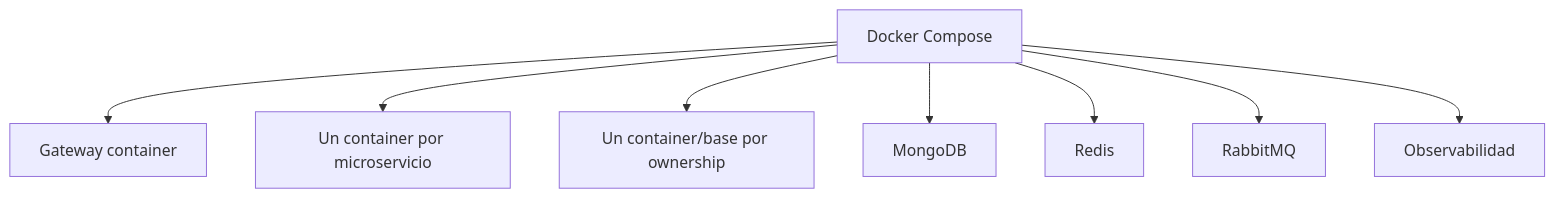
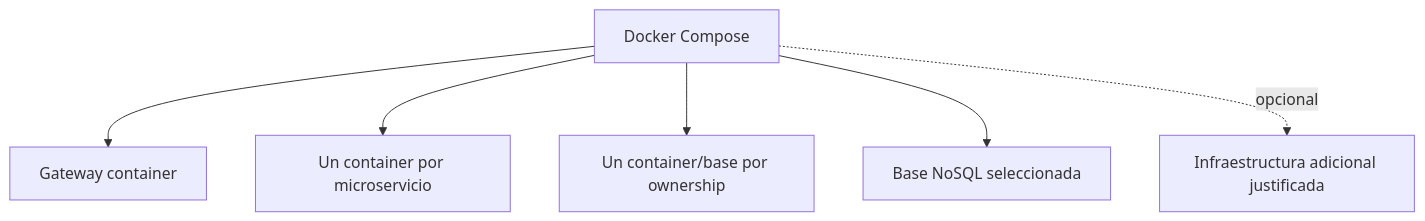
The eighth of 8 diagrams in ticketya/openspec/changes/establish-ticketya-architecture/design.md (rami-bit/ArquitecturasWeb_TPE), drawn with Mermaid before and after one commit. The commit also changed other lines of this file and 2 other files, not shown here.

````diff
--- a/ticketya/openspec/changes/establish-ticketya-architecture/design.md
+++ b/ticketya/openspec/changes/establish-ticketya-architecture/design.md
@@ -490,11 +478,9 @@
 ```mermaid
 flowchart TB
     Compose[Docker Compose]
     Compose --> GatewayC[Gateway container]
     Compose --> ServiceC[Un container por microservicio]
     Compose --> PgC[Un container/base por ownership]
-    Compose --> MongoC[MongoDB]
-    Compose --> RedisC[Redis]
-    Compose --> RabbitC[RabbitMQ]
-    Compose --> ObsC[Observabilidad]
+    Compose --> NoSqlC[Base NoSQL seleccionada]
+    Compose -. opcional .-> ExtraC[Infraestructura adicional justificada]
 ```
````
